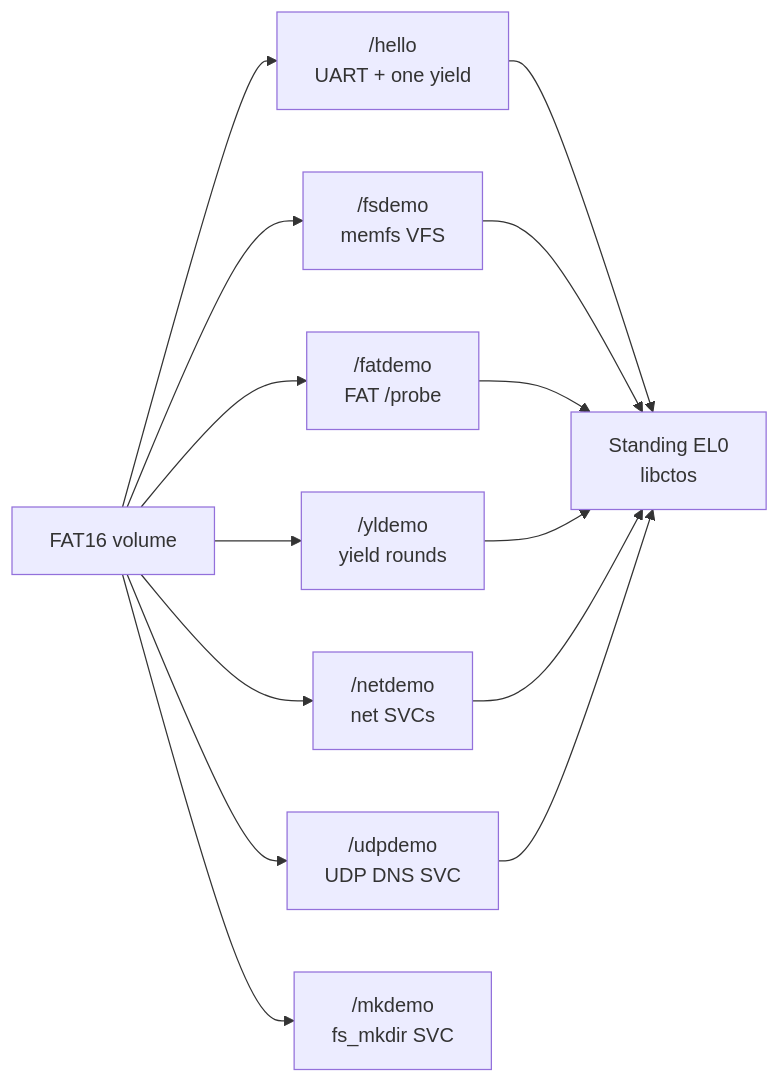
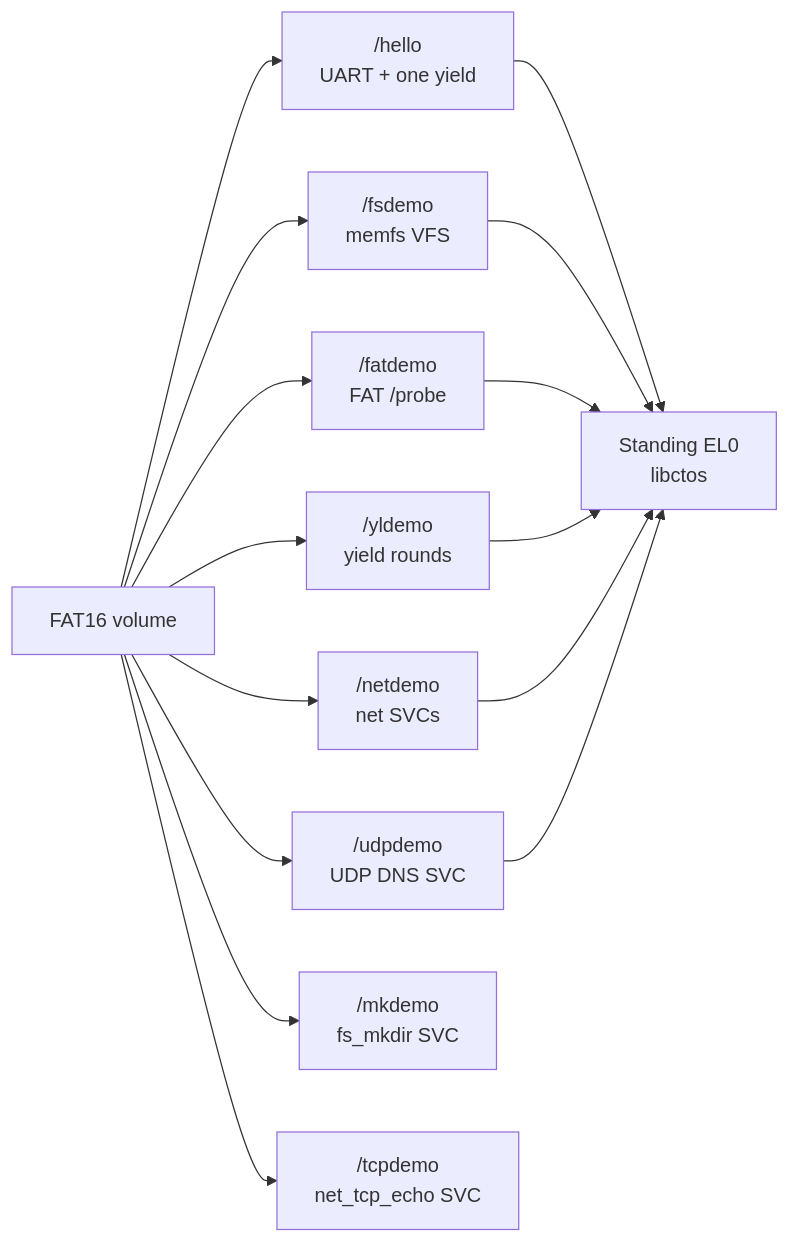
One commit to artofdream/ctos changed the first of 4 diagrams in docs/overview/what-can-run.md. Above: the diagram before and after it, drawn with Mermaid. The commit also changed other lines of this file and 26 other files, not shown here.

First line of the commit message:
feat: EL0 net_tcp_echo SVC + tcp-libctos sample (ADR-076)

````diff
--- a/docs/overview/what-can-run.md
+++ b/docs/overview/what-can-run.md
@@ -13,16 +13,17 @@
 ```mermaid
 flowchart LR
   FAT["FAT16 volume"] --> H["/hello<br/>UART + one yield"]
   FAT --> F["/fsdemo<br/>memfs VFS"]
   FAT --> D["/fatdemo<br/>FAT /probe"]
   FAT --> Y["/yldemo<br/>yield rounds"]
   FAT --> N["/netdemo<br/>net SVCs"]
   FAT --> U["/udpdemo<br/>UDP DNS SVC"]
   FAT --> M["/mkdemo<br/>fs_mkdir SVC"]
+  FAT --> T["/tcpdemo<br/>net_tcp_echo SVC"]
   H --> EL0["Standing EL0<br/>libctos"]
   F --> EL0
   D --> EL0
   Y --> EL0
   N --> EL0
   U --> EL0
 ```
````
